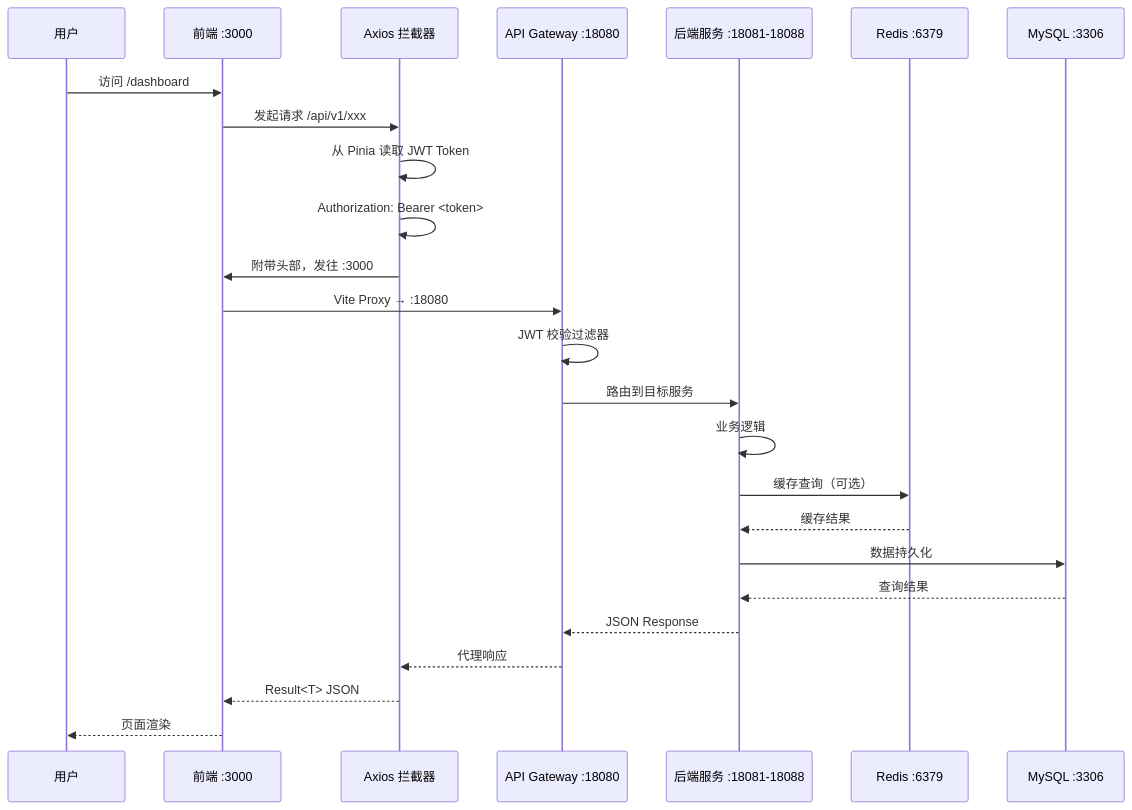
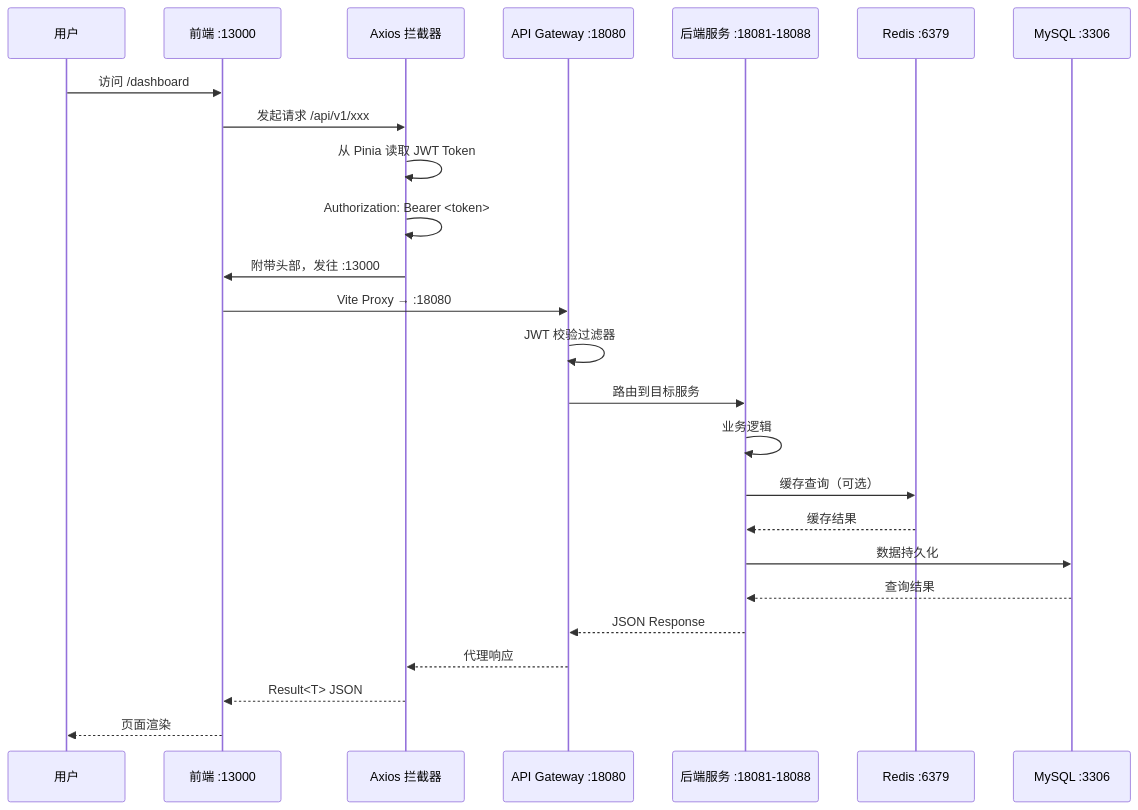
The second of 6 diagrams in docs/ui/ARCHITECTURE.md (jieraltjp/ManpouChinaSystem), drawn with Mermaid before and after one commit. The commit also changed other lines of this file and 16 other files, not shown here.

````diff
--- a/docs/ui/ARCHITECTURE.md
+++ b/docs/ui/ARCHITECTURE.md
@@ -79,28 +79,28 @@
 ```mermaid
 sequenceDiagram
     participant U as 用户
-    participant WEB as 前端 :3000
+    participant WEB as 前端 :13000
     participant AXIOS as Axios 拦截器
     participant GW as API Gateway :18080
     participant SVC as 后端服务 :18081-18088
     participant REDIS as Redis :6379
     participant DB as MySQL :3306
 
     U->>WEB: 访问 /dashboard
     WEB->>AXIOS: 发起请求 /api/v1/xxx
     AXIOS->>AXIOS: 从 Pinia 读取 JWT Token
     AXIOS->>AXIOS: Authorization: Bearer <token>
-    AXIOS->>WEB: 附带头部，发往 :3000
+    AXIOS->>WEB: 附带头部，发往 :13000
     WEB->>GW: Vite Proxy → :18080
     GW->>GW: JWT 校验过滤器
     GW->>SVC: 路由到目标服务
     SVC->>SVC: 业务逻辑
     SVC->>REDIS: 缓存查询（可选）
     REDIS-->>SVC: 缓存结果
     SVC->>DB: 数据持久化
     DB-->>SVC: 查询结果
     SVC-->>GW: JSON Response
     GW-->>AXIOS: 代理响应
     AXIOS-->>WEB: Result<T> JSON
     WEB-->>U: 页面渲染
 ```
````
